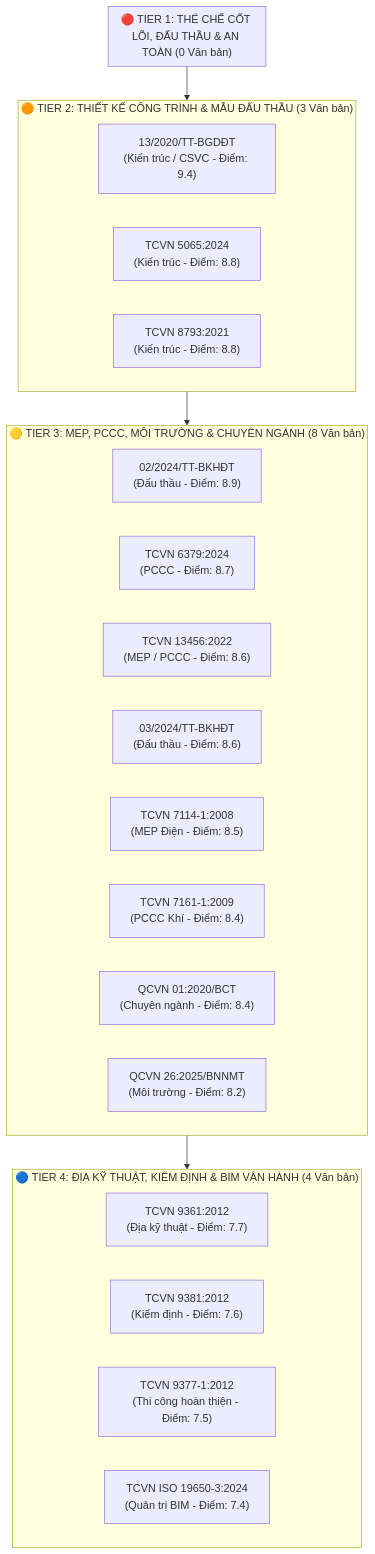
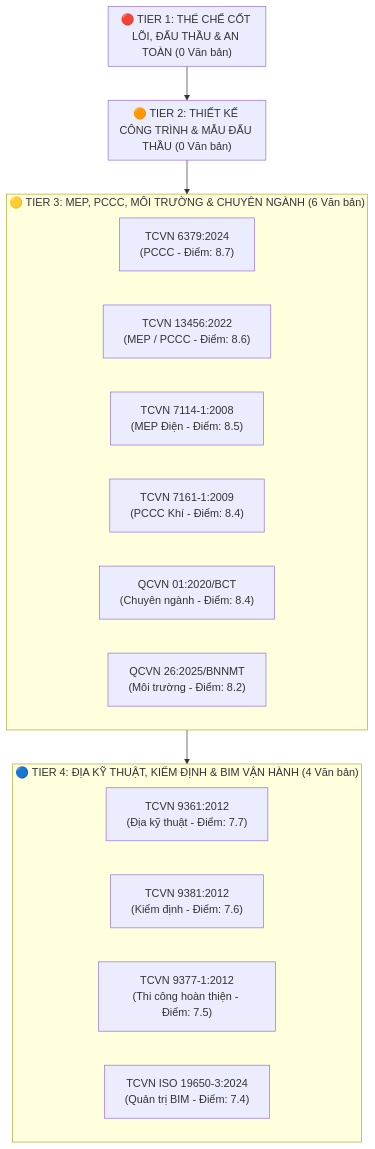
Before and after one commit to vvChu/ccba-legal-knowledge: the diagram in .md/knowledge/expansion_roadmap.md, drawn with Mermaid. The commit also changed other lines of this file and 129 other files, not shown here.

````diff
--- a/.md/knowledge/expansion_roadmap.md
+++ b/.md/knowledge/expansion_roadmap.md
@@ -23,33 +23,28 @@
 ```mermaid
 graph TD
     subgraph T1["🔴 TIER 1: THỂ CHẾ CỐT LÕI, ĐẤU THẦU & AN TOÀN (0 Văn bản)"]
     end
 
-    subgraph T2["🟠 TIER 2: THIẾT KẾ CÔNG TRÌNH & MẪU ĐẤU THẦU (3 Văn bản)"]
-        T2_1["13/2020/TT-BGDĐT<br/>(Kiến trúc / CSVC - Điểm: 9.4)"]
-        T2_2["TCVN 5065:2024<br/>(Kiến trúc - Điểm: 8.8)"]
-        T2_3["TCVN 8793:2021<br/>(Kiến trúc - Điểm: 8.8)"]
+    subgraph T2["🟠 TIER 2: THIẾT KẾ CÔNG TRÌNH & MẪU ĐẤU THẦU (0 Văn bản)"]
     end
 
-    subgraph T3["🟡 TIER 3: MEP, PCCC, MÔI TRƯỜNG & CHUYÊN NGÀNH (8 Văn bản)"]
-        T3_1["02/2024/TT-BKHĐT<br/>(Đấu thầu - Điểm: 8.9)"]
-        T3_2["TCVN 6379:2024<br/>(PCCC - Điểm: 8.7)"]
-        T3_3["TCVN 13456:2022<br/>(MEP / PCCC - Điểm: 8.6)"]
-        T3_4["03/2024/TT-BKHĐT<br/>(Đấu thầu - Điểm: 8.6)"]
-        T3_5["TCVN 7114-1:2008<br/>(MEP Điện - Điểm: 8.5)"]
-        T3_6["TCVN 7161-1:2009<br/>(PCCC Khí - Điểm: 8.4)"]
-        T3_7["QCVN 01:2020/BCT<br/>(Chuyên ngành - Điểm: 8.4)"]
-        T3_8["QCVN 26:2025/BNNMT<br/>(Môi trường - Điểm: 8.2)"]
+    subgraph T3["🟡 TIER 3: MEP, PCCC, MÔI TRƯỜNG & CHUYÊN NGÀNH (6 Văn bản)"]
+        T3_1["TCVN 6379:2024<br/>(PCCC - Điểm: 8.7)"]
+        T3_2["TCVN 13456:2022<br/>(MEP / PCCC - Điểm: 8.6)"]
+        T3_3["TCVN 7114-1:2008<br/>(MEP Điện - Điểm: 8.5)"]
+        T3_4["TCVN 7161-1:2009<br/>(PCCC Khí - Điểm: 8.4)"]
+        T3_5["QCVN 01:2020/BCT<br/>(Chuyên ngành - Điểm: 8.4)"]
+        T3_6["QCVN 26:2025/BNNMT<br/>(Môi trường - Điểm: 8.2)"]
     end
 
     subgraph T4["🔵 TIER 4: ĐỊA KỸ THUẬT, KIỂM ĐỊNH & BIM VẬN HÀNH (4 Văn bản)"]
         T4_1["TCVN 9361:2012<br/>(Địa kỹ thuật - Điểm: 7.7)"]
         T4_2["TCVN 9381:2012<br/>(Kiểm định - Điểm: 7.6)"]
         T4_3["TCVN 9377-1:2012<br/>(Thi công hoàn thiện - Điểm: 7.5)"]
         T4_4["TCVN ISO 19650-3:2024<br/>(Quản trị BIM - Điểm: 7.4)"]
     end
 
     T1 --> T2
     T2 --> T3
     T3 --> T4
 ```
````
